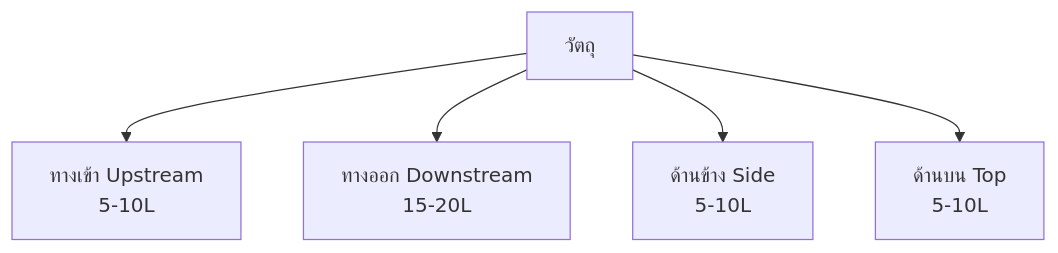
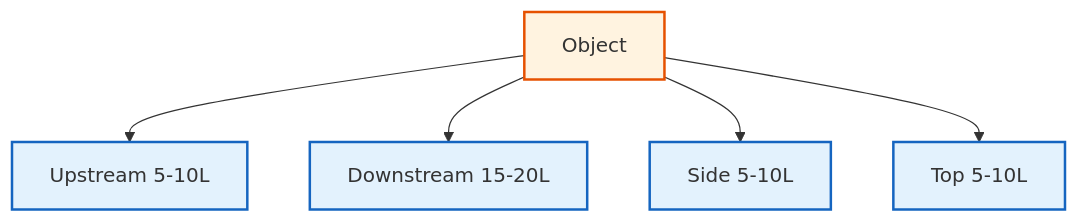
Before and after one commit to wramet/build-my-cfd: the diagram in MODULE_03_SINGLE_PHASE_FLOW/CONTENT/05_PRACTICAL_APPLICATIONS/01_External_Aerodynamics.md, drawn with Mermaid. The commit also changed 313 other files, not shown here.

Commit message:
Revise all diagram

````diff
--- a/MODULE_03_SINGLE_PHASE_FLOW/CONTENT/05_PRACTICAL_APPLICATIONS/01_External_Aerodynamics.md
+++ b/MODULE_03_SINGLE_PHASE_FLOW/CONTENT/05_PRACTICAL_APPLICATIONS/01_External_Aerodynamics.md
@@ -82,7 +82,11 @@
 ```mermaid
 flowchart TD
-    A[วัตถุ] --> B[ทางเข้า Upstream<br/>5-10L]
-    A --> C[ทางออก Downstream<br/>15-20L]
-    A --> D[ด้านข้าง Side<br/>5-10L]
-    A --> E[ด้านบน Top<br/>5-10L]
+%% Classes
+classDef explicit fill:#fff3e0,stroke:#e65100,stroke-width:2px;
+classDef implicit fill:#e3f2fd,stroke:#1565c0,stroke-width:2px;
+%% Nodes
+A[Object]:::explicit --> B[Upstream 5-10L]:::implicit
+A --> C[Downstream 15-20L]:::implicit
+A --> D[Side 5-10L]:::implicit
+A --> E[Top 5-10L]:::implicit
 ```
````
